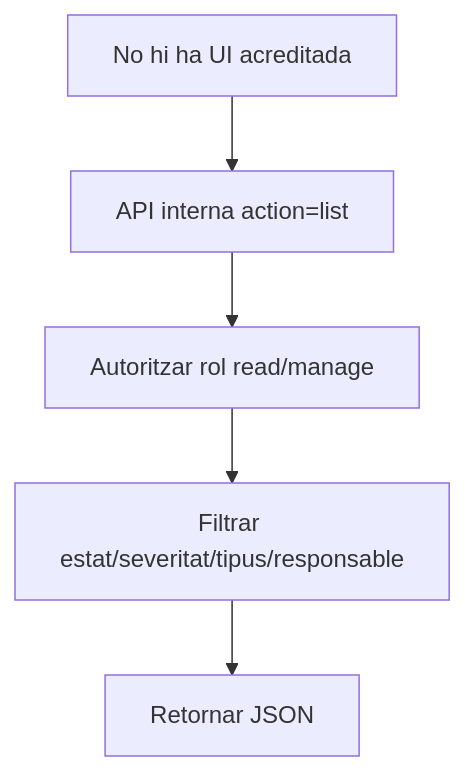
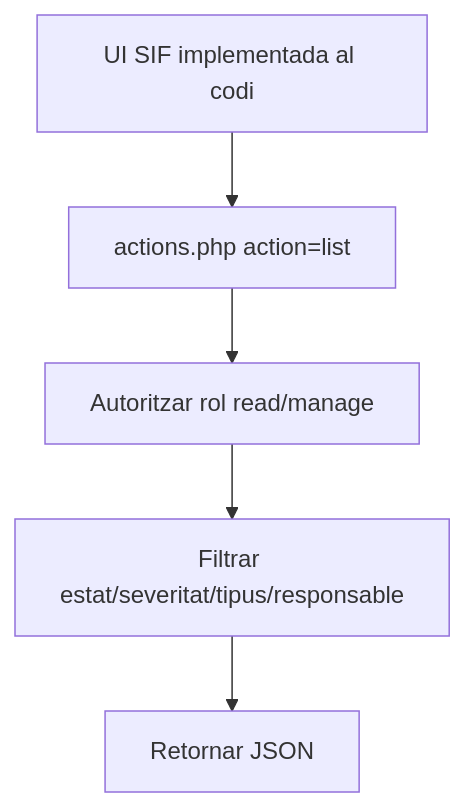
Before and after one commit to orgmeriemprismacat-del/verifactu: the eighth of 23 diagrams in documentacio/07-uml-integrat/uc-008-gestionar-incidencia-sif.md, drawn with Mermaid. The commit also changed other lines of this file, not shown here.

```diff
--- a/documentacio/07-uml-integrat/uc-008-gestionar-incidencia-sif.md
+++ b/documentacio/07-uml-integrat/uc-008-gestionar-incidencia-sif.md
@@ -385,7 +385,7 @@
 ~~~mermaid
 flowchart TD
-A[No hi ha UI acreditada] --> B[API interna action=list]
+A[UI SIF implementada al codi] --> B[actions.php action=list]
 B --> C[Autoritzar rol read/manage]
 C --> D[Filtrar estat/severitat/tipus/responsable]
 D --> E[Retornar JSON]
 ~~~
```
